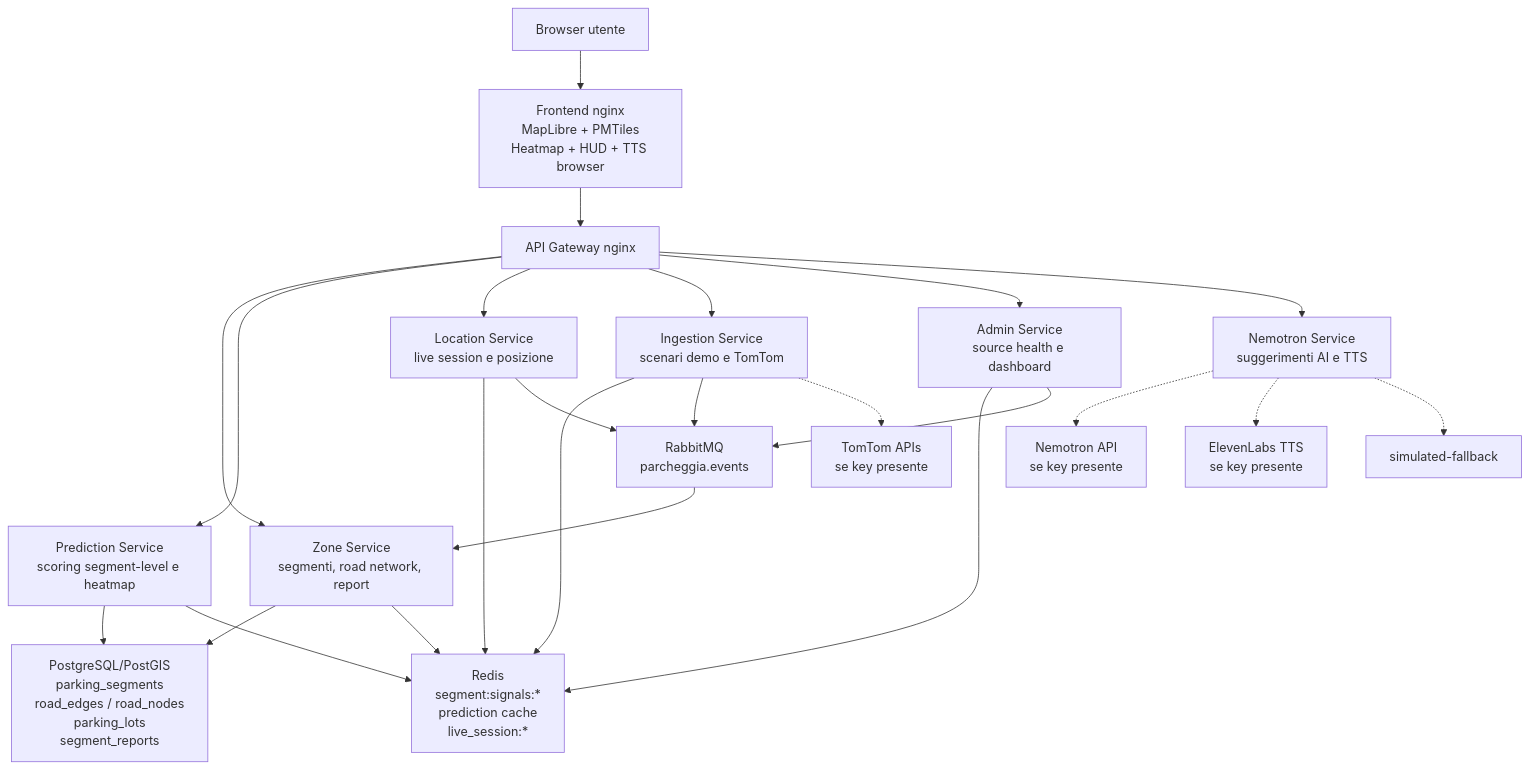
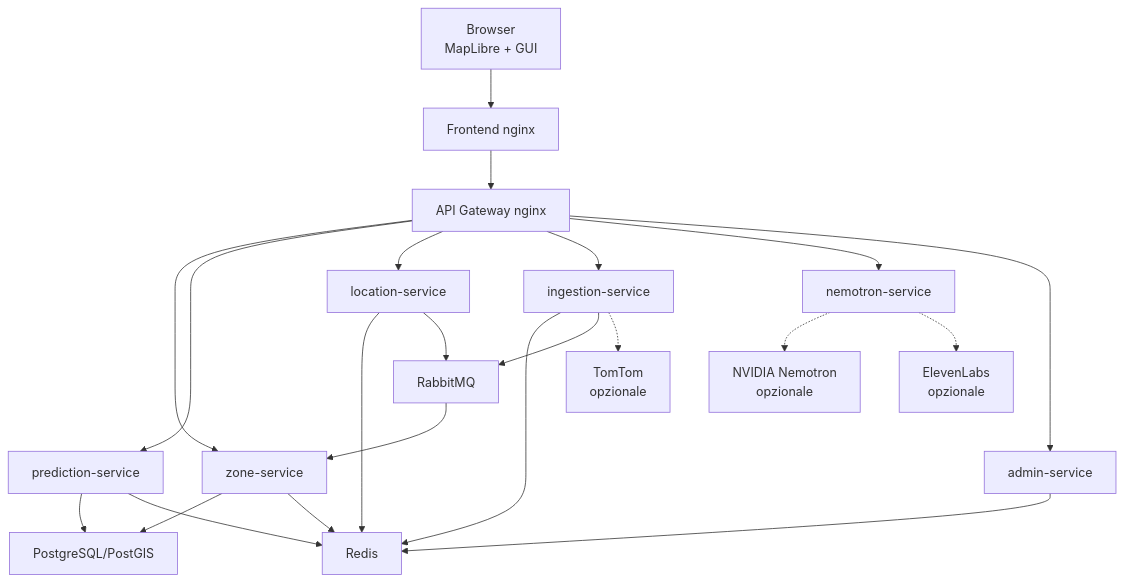
Before and after one commit to AlbertoBocchieri/Progetto-Sistemi-Cloud: the second of 3 diagrams in README.md, drawn with Mermaid. The commit also changed other lines of this file and 1 other file, not shown here.

````diff
--- a/README.md
+++ b/README.md
@@ -385,31 +309,28 @@
 ```mermaid
 flowchart TB
-    Browser["Browser utente"] --> Frontend["Frontend nginx<br/>MapLibre + PMTiles<br/>Heatmap + HUD + TTS browser"]
+    Browser["Browser<br/>MapLibre + GUI"] --> Frontend["Frontend nginx"]
     Frontend --> Gateway["API Gateway nginx"]
 
-    Gateway --> Zone["Zone Service<br/>segmenti, road network, report"]
-    Gateway --> Prediction["Prediction Service<br/>scoring segment-level e heatmap"]
-    Gateway --> Location["Location Service<br/>live session e posizione"]
-    Gateway --> Ingestion["Ingestion Service<br/>scenari demo e TomTom"]
-    Gateway --> Admin["Admin Service<br/>source health e dashboard"]
-    Gateway --> Nemotron["Nemotron Service<br/>suggerimenti AI e TTS"]
+    Gateway --> Zone["zone-service"]
+    Gateway --> Prediction["prediction-service"]
+    Gateway --> Location["location-service"]
+    Gateway --> Ingestion["ingestion-service"]
+    Gateway --> AI["nemotron-service"]
+    Gateway --> Admin["admin-service"]
 
-    Zone --> PostGIS["PostgreSQL/PostGIS<br/>parking_segments<br/>road_edges / road_nodes<br/>parking_lots<br/>segment_reports"]
+    Zone --> PostGIS["PostgreSQL/PostGIS"]
     Prediction --> PostGIS
-
-    Zone --> Redis["Redis<br/>segment:signals:*<br/>prediction cache<br/>live_session:*"]
-    Prediction --> Redis
+    Prediction --> Redis["Redis"]
+    Zone --> Redis
     Location --> Redis
     Ingestion --> Redis
     Admin --> Redis
 
-    Location --> Rabbit["RabbitMQ<br/>parcheggia.events"]
+    Location --> Rabbit["RabbitMQ"]
     Ingestion --> Rabbit
-    Admin --> Rabbit
     Rabbit --> Zone
 
-    Ingestion -.-> TomTom["TomTom APIs<br/>se key presente"]
-    Nemotron -.-> Nvidia["Nemotron API<br/>se key presente"]
-    Nemotron -.-> Eleven["ElevenLabs TTS<br/>se key presente"]
-    Nemotron -.-> LocalAI["simulated-fallback"]
+    Ingestion -.-> TomTom["TomTom<br/>opzionale"]
+    AI -.-> Nemotron["NVIDIA Nemotron<br/>opzionale"]
+    AI -.-> Eleven["ElevenLabs<br/>opzionale"]
 ```
````
